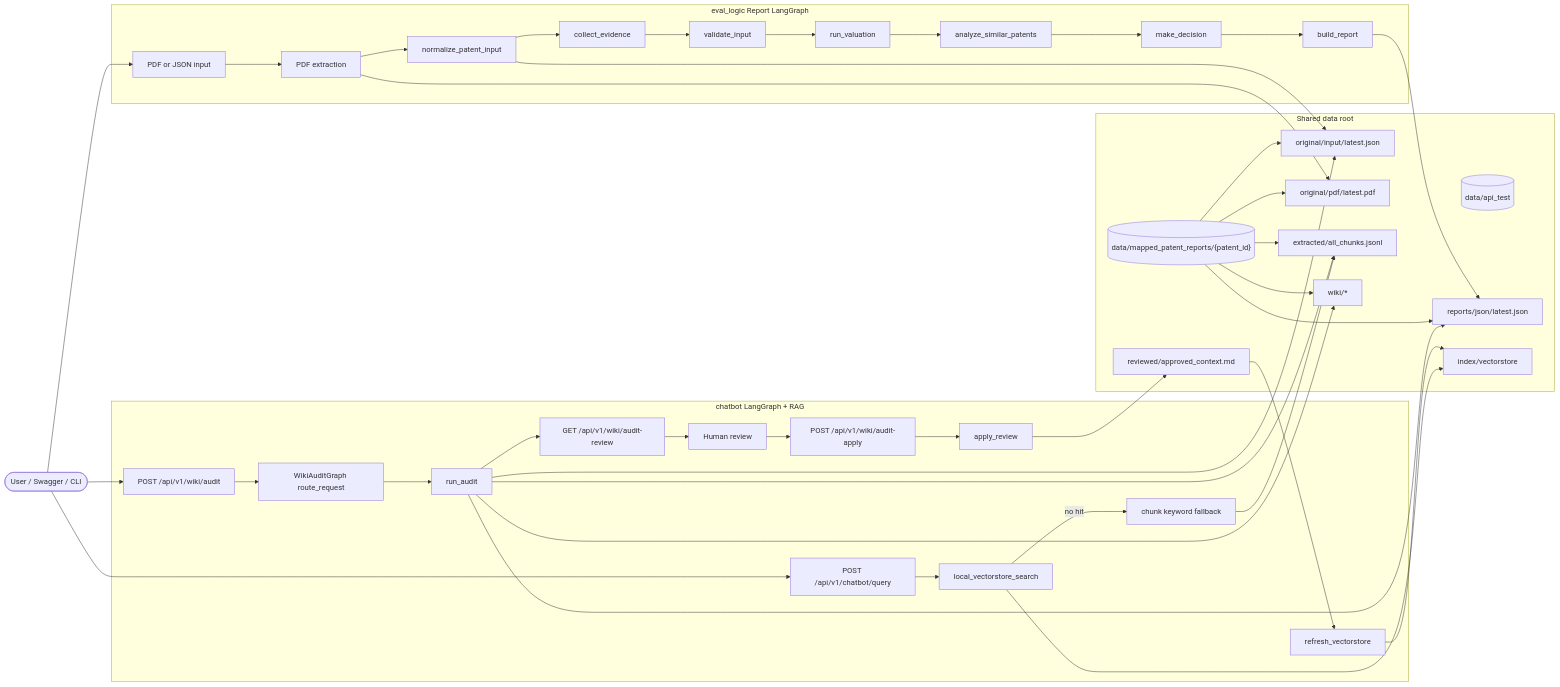
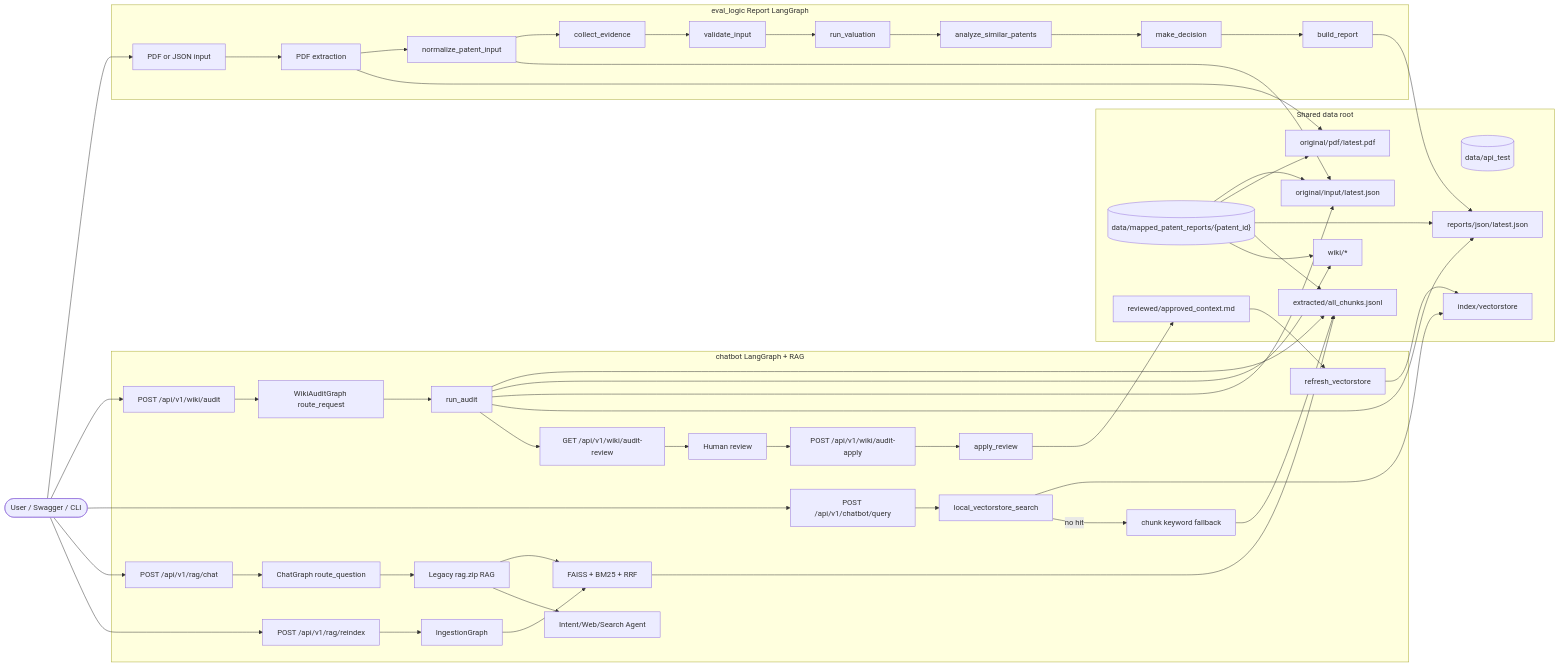
One commit to skipers/skipa-ai-server changed the second of 3 diagrams in README.md. Above: the diagram before and after it, drawn with Mermaid. The commit also changed other lines of this file and 19 other files, not shown here.

Commit message:
feat: restore legacy rag graph workflow

````diff
--- a/README.md
+++ b/README.md
@@ -328,63 +355,73 @@
 ```mermaid
 flowchart LR
   U([User / Swagger / CLI])
 
   subgraph EVAL[eval_logic Report LangGraph]
     E0[PDF or JSON input]
     E1[PDF extraction]
     E2[normalize_patent_input]
     E3[collect_evidence]
     E4[validate_input]
     E5[run_valuation]
     E6[analyze_similar_patents]
     E7[make_decision]
     E8[build_report]
   end
 
   subgraph DATA[Shared data root]
     D0[(data/api_test)]
     D1[("data/mapped_patent_reports/{patent_id}")]
     D2[original/input/latest.json]
     D3[original/pdf/latest.pdf]
     D4[reports/json/latest.json]
     D5[extracted/all_chunks.jsonl]
     D6[wiki/*]
     D7[reviewed/approved_context.md]
     D8[index/vectorstore]
   end
 
   subgraph CHATBOT[chatbot LangGraph + RAG]
     C0[POST /api/v1/wiki/audit]
     C1[WikiAuditGraph route_request]
     C2[run_audit]
     C3[GET /api/v1/wiki/audit-review]
     C4[Human review]
     C5[POST /api/v1/wiki/audit-apply]
     C6[apply_review]
     C7[refresh_vectorstore]
     C8[POST /api/v1/chatbot/query]
     C9[local_vectorstore_search]
     C10[chunk keyword fallback]
+    C11[POST /api/v1/rag/chat]
+    C12[ChatGraph route_question]
+    C13[Legacy rag.zip RAG]
+    C14[FAISS + BM25 + RRF]
+    C15[Intent/Web/Search Agent]
+    C16[POST /api/v1/rag/reindex]
+    C17[IngestionGraph]
   end
 
   U --> E0
   E0 --> E1 --> E2 --> E3 --> E4 --> E5 --> E6 --> E7 --> E8
   E2 --> D2
   E1 --> D3
   E8 --> D4
   D1 --> D2
   D1 --> D3
   D1 --> D4
   D1 --> D5
   D1 --> D6
 
   U --> C0 --> C1 --> C2
   C2 --> D5
   C2 --> D6
   C2 --> D2
   C2 --> D4
   C2 --> C3 --> C4 --> C5 --> C6
   C6 --> D7 --> C7 --> D8
   U --> C8 --> C9 --> D8
   C9 -->|no hit| C10 --> D5
+  U --> C11 --> C12 --> C13 --> C14 --> D5
+  C13 --> C15
+  U --> C16 --> C17 --> C14
 ```
````
